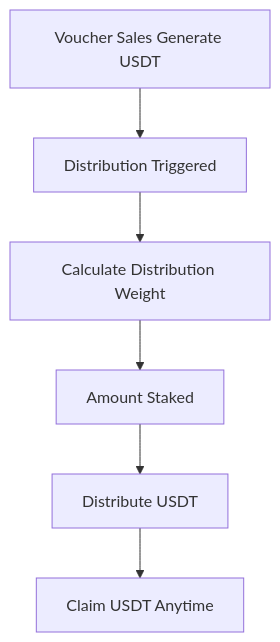
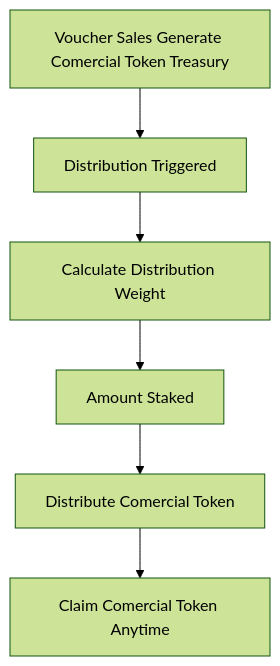
The second of 2 diagrams in gym-dao/reward-program.md (DeGym/documentation), drawn with Mermaid before and after one commit. The commit also changed other lines of this file, not shown here.

````diff
--- a/gym-dao/reward-program.md
+++ b/gym-dao/reward-program.md
@@ -36,8 +45,10 @@
 ```mermaid
+%%{init: {'theme': 'forest'}}%%
+
 graph TB
-    A[Voucher Sales Generate USDT] --> B[Distribution Triggered]
+    A[Voucher Sales Generate Comercial Token Treasury] --> B[Distribution Triggered]
     B --> C[Calculate Distribution Weight]
     C --> D[Amount Staked]
-    D --> E[Distribute USDT]
-    E --> F[Claim USDT Anytime]
+    D --> E[Distribute Comercial Token]
+    E --> F[Claim Comercial Token Anytime]
 ```
````
